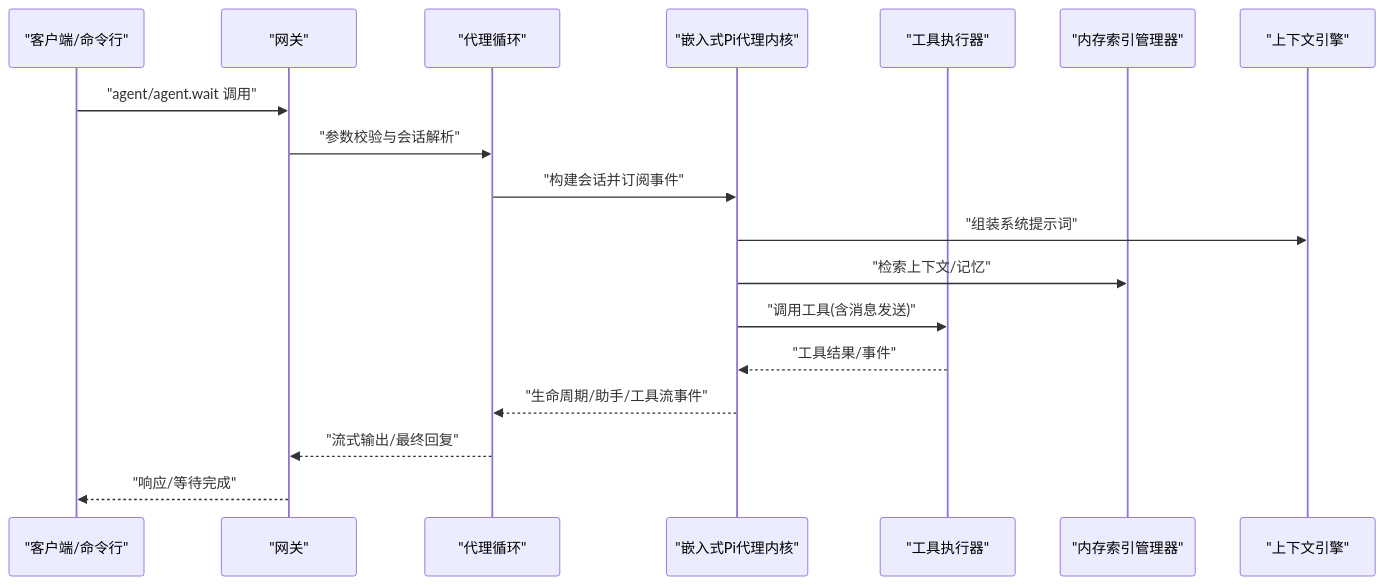
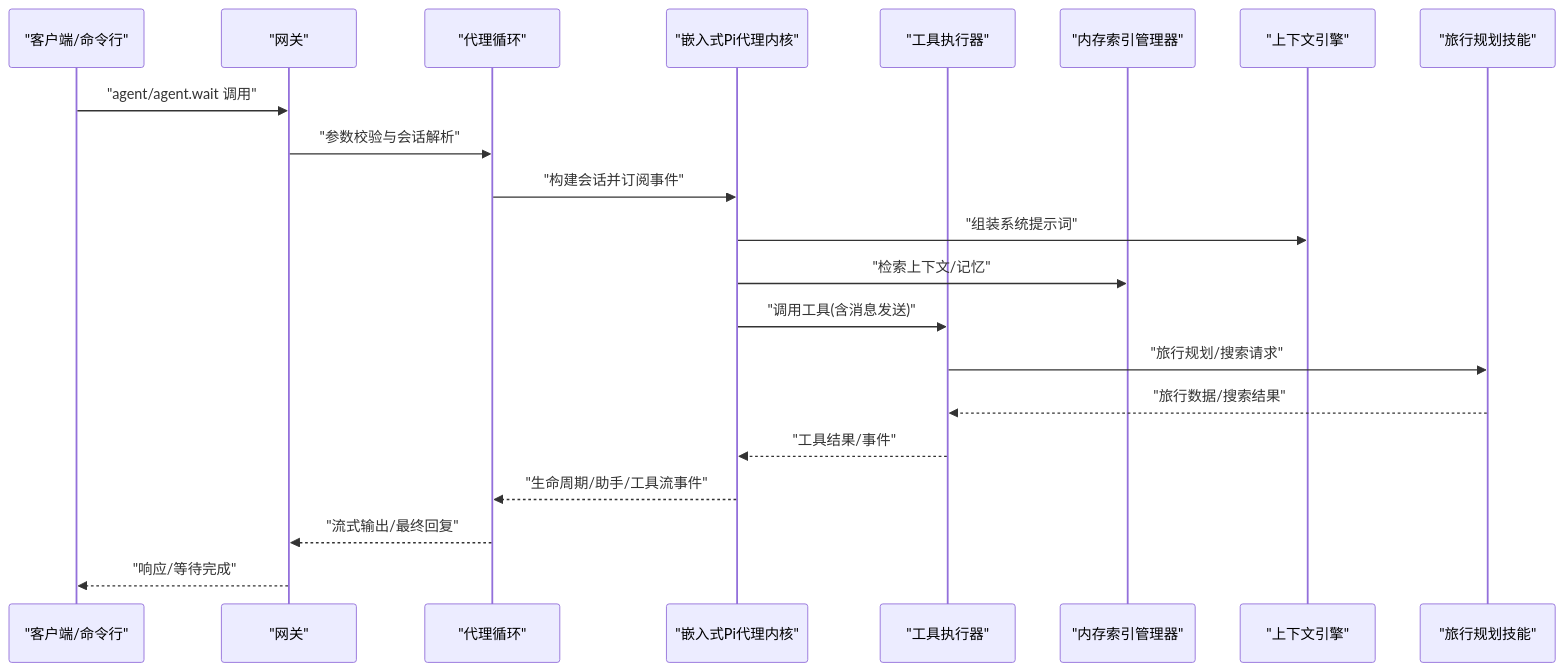
One commit to verse-ai-org/openclaw changed the second of 9 diagrams in .qoder/repowiki/zh/content/AI代理系统/AI代理系统.md. Above: the diagram before and after it, drawn with Mermaid. The commit also changed other lines of this file and 14 other files, not shown here.

````diff
--- a/.qoder/repowiki/zh/content/AI代理系统/AI代理系统.md
+++ b/.qoder/repowiki/zh/content/AI代理系统/AI代理系统.md
@@ -95,20 +122,23 @@
 ```mermaid
 sequenceDiagram
 participant Client as "客户端/命令行"
 participant Gateway as "网关"
 participant Agent as "代理循环"
 participant Pi as "嵌入式Pi代理内核"
 participant Tools as "工具执行器"
 participant Mem as "内存索引管理器"
 participant CE as "上下文引擎"
+participant Travel as "旅行规划技能"
 Client->>Gateway : "agent/agent.wait 调用"
 Gateway->>Agent : "参数校验与会话解析"
 Agent->>Pi : "构建会话并订阅事件"
 Pi->>CE : "组装系统提示词"
 Pi->>Mem : "检索上下文/记忆"
 Pi->>Tools : "调用工具(含消息发送)"
+Tools->>Travel : "旅行规划/搜索请求"
+Travel-->>Tools : "旅行数据/搜索结果"
 Tools-->>Pi : "工具结果/事件"
 Pi-->>Agent : "生命周期/助手/工具流事件"
 Agent-->>Gateway : "流式输出/最终回复"
 Gateway-->>Client : "响应/等待完成"
 ```
````
